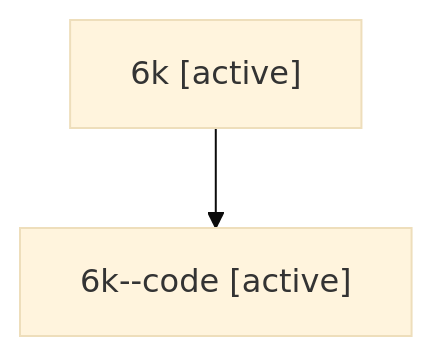
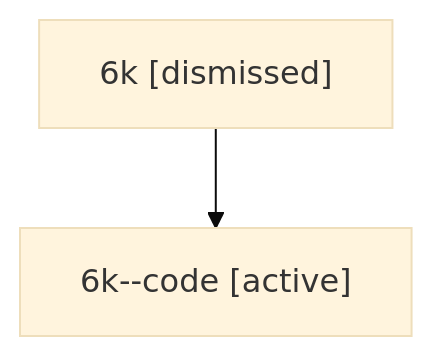
The diagram in sessions/bbugyi200.athena.6k.md (sase-org/sase--agents), drawn with Mermaid (base theme) before and after one commit. The commit also changed other lines of this file and 25 other files, not shown here.

````diff
--- a/sessions/bbugyi200.athena.6k.md
+++ b/sessions/bbugyi200.athena.6k.md
@@ -9,6 +9,6 @@
 ```mermaid
 flowchart TD
-  n0["6k [active]"]
+  n0["6k [dismissed]"]
   n1["6k--code [active]"]
   n0 --> n1
 ```
````
